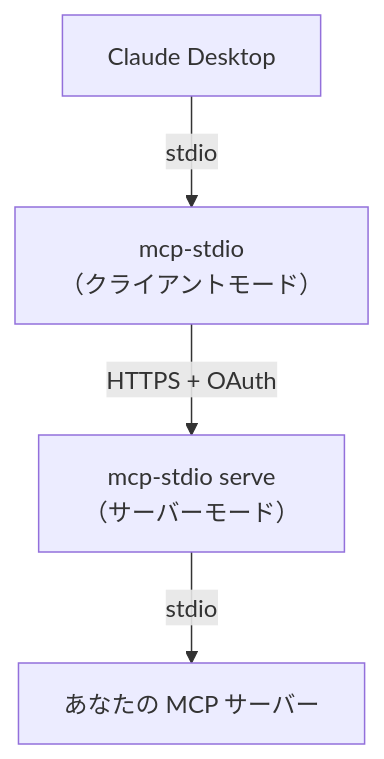
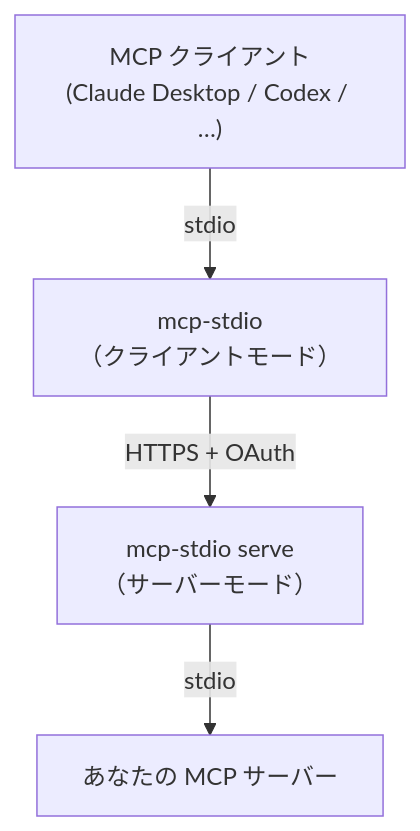
Before and after one commit to shigechika/mcp-stdio: the third of 3 diagrams in docs/modes.ja.md, drawn with Mermaid. The commit also changed other lines of this file and 11 other files, not shown here.

First line of the commit message:
docs: show mcp-stdio works with non-Claude MCP clients (Codex, Meta Muse) (#482)

````diff
--- a/docs/modes.ja.md
+++ b/docs/modes.ja.md
@@ -313,6 +313,6 @@
 ```mermaid
 graph TD
-    A["Claude Desktop"] -- "stdio" --> B["mcp-stdio<br/>（クライアントモード）"]
+    A["MCP クライアント<br/>(Claude Desktop / Codex / …)"] -- "stdio" --> B["mcp-stdio<br/>（クライアントモード）"]
     B -- "HTTPS + OAuth" --> C["mcp-stdio serve<br/>（サーバーモード）"]
     C -- "stdio" --> D["あなたの MCP サーバー"]
 ```
````
